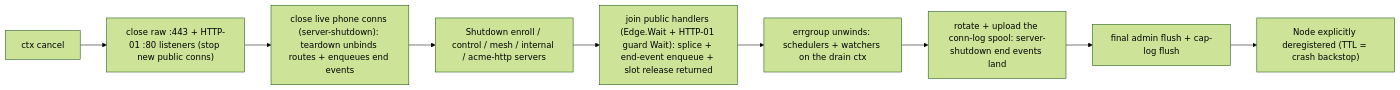
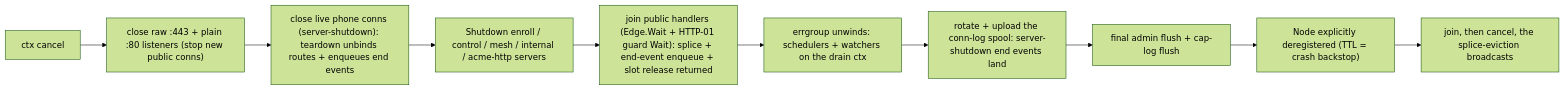
The third of 3 diagrams in docs/ARCHITECTURE.md (danielealbano/android-remote-control-mcp-tunneld), drawn with Mermaid (forest theme) before and after one commit. The commit also changed other lines of this file and 6 other files, not shown here.

````diff
--- a/docs/ARCHITECTURE.md
+++ b/docs/ARCHITECTURE.md
@@ -286,11 +297,12 @@
 ```mermaid
 flowchart LR
-  cancel["ctx cancel"] --> close["close raw :443 + HTTP-01 :80 listeners (stop new public conns)"]
+  cancel["ctx cancel"] --> close["close raw :443 + plain :80 listeners (stop new public conns)"]
   close --> phones["close live phone conns (server-shutdown): teardown unbinds routes + enqueues end events"]
   phones --> drain["Shutdown enroll / control / mesh / internal / acme-http servers"]
   drain --> join["join public handlers (Edge.Wait + HTTP-01 guard Wait): splice + end-event enqueue + slot release returned"]
   join --> group["errgroup unwinds: schedulers + watchers on the drain ctx"]
   group --> queue["rotate + upload the conn-log spool: server-shutdown end events land"]
   queue --> flush["final admin flush + cap-log flush"]
   flush --> dereg["Node explicitly deregistered (TTL = crash backstop)"]
+  dereg --> evictjoin["join, then cancel, the splice-eviction broadcasts"]
 ```
````
